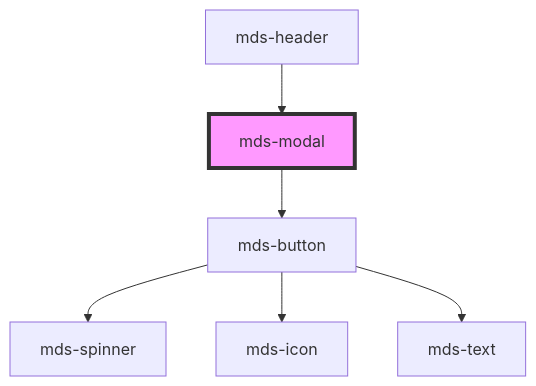
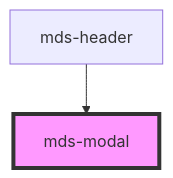
Before and after one commit to magma-design-system/magma: the diagram in projects/stencil/src/components/mds-modal/readme.md, drawn with Mermaid. The commit also changed other lines of this file and 2 other files, not shown here.

Commit message:
change(mds-modal): remove button from ui

````diff
--- a/projects/stencil/src/components/mds-modal/readme.md
+++ b/projects/stencil/src/components/mds-modal/readme.md
@@ -68,9 +51,5 @@
 ```mermaid
 graph TD;
-  mds-modal --> mds-button
-  mds-button --> mds-spinner
-  mds-button --> mds-icon
-  mds-button --> mds-text
   mds-header --> mds-modal
   style mds-modal fill:#f9f,stroke:#333,stroke-width:4px
 ```
````
